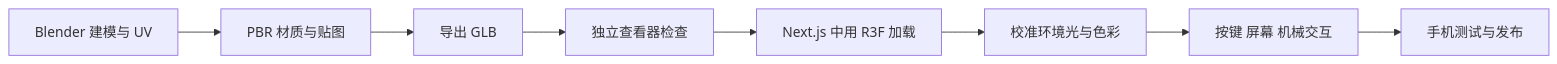
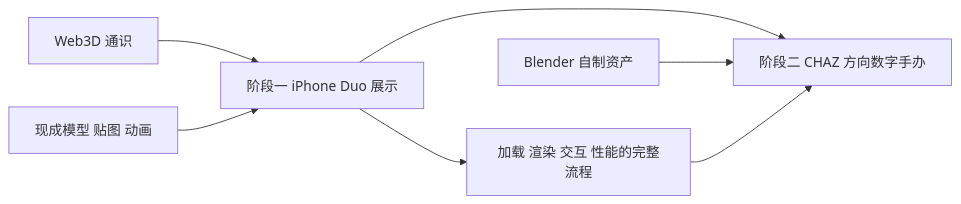
Before and after one commit to jiajianhui/learning-notes: the diagram in frontend/web3d-learning/README.md, drawn with Mermaid. The commit also changed other lines of this file and 37 other files, not shown here.

````diff
--- a/frontend/web3d-learning/README.md
+++ b/frontend/web3d-learning/README.md
@@ -9,10 +9,9 @@
 ```mermaid
 flowchart LR
-    A[Blender 建模与 UV] --> B[PBR 材质与贴图]
-    B --> C[导出 GLB]
-    C --> D[独立查看器检查]
-    D --> E[Next.js 中用 R3F 加载]
-    E --> F[校准环境光与色彩]
-    F --> G[按键 屏幕 机械交互]
-    G --> H[手机测试与发布]
+    A[Web3D 通识] --> B[阶段一 iPhone Duo 展示]
+    B --> C[阶段二 CHAZ 方向数字手办]
+    D[现成模型 贴图 动画] --> B
+    E[Blender 自制资产] --> C
+    B --> F[加载 渲染 交互 性能的完整流程]
+    F --> C
 ```
````
